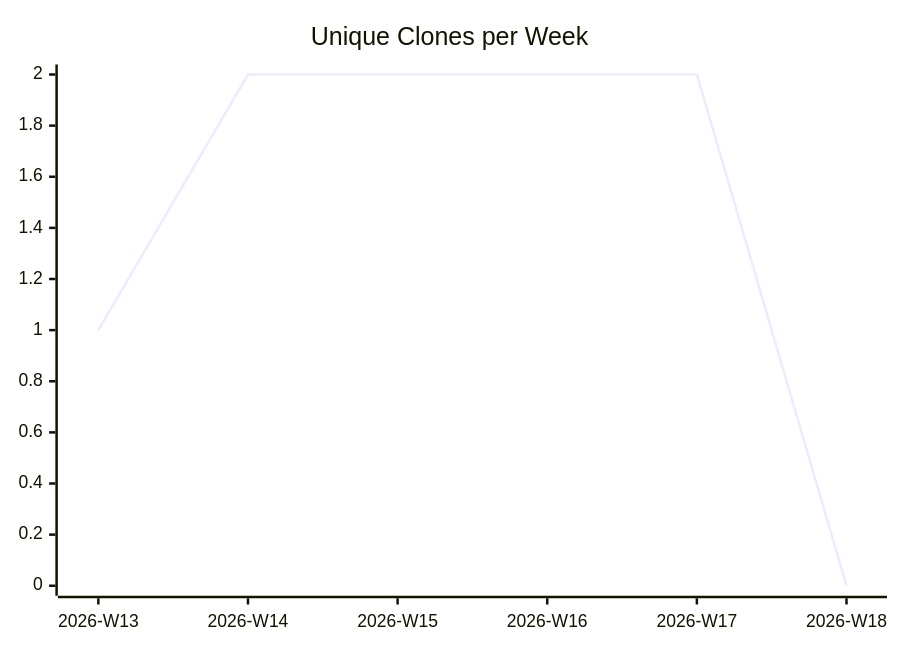
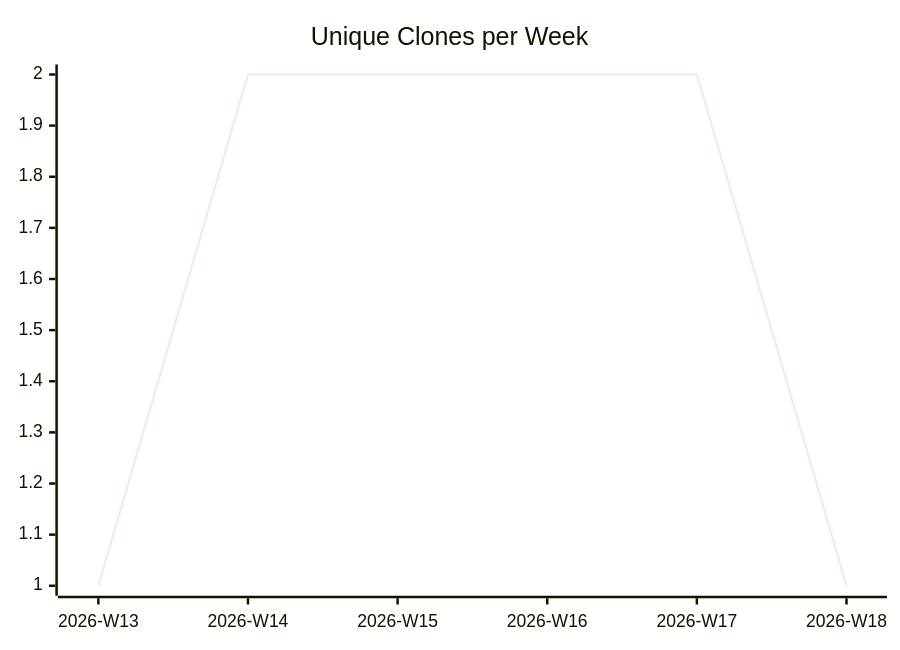
Before and after one commit to justdavis-family/github-analytics-data: the third of 3 diagrams in karlmdavis/hello-rust-actix/README.md, drawn with Mermaid. The commit also changed other lines of this file and 184 other files, not shown here.

````diff
--- a/karlmdavis/hello-rust-actix/README.md
+++ b/karlmdavis/hello-rust-actix/README.md
@@ -19,6 +19,6 @@
 ```mermaid
 xychart-beta
   title "Unique Clones per Week"
   x-axis ["2026-W13", "2026-W14", "2026-W15", "2026-W16", "2026-W17", "2026-W18"]
-  line [1, 2, 2, 2, 2, 0]
+  line [1, 2, 2, 2, 2, 1]
 ```
````
